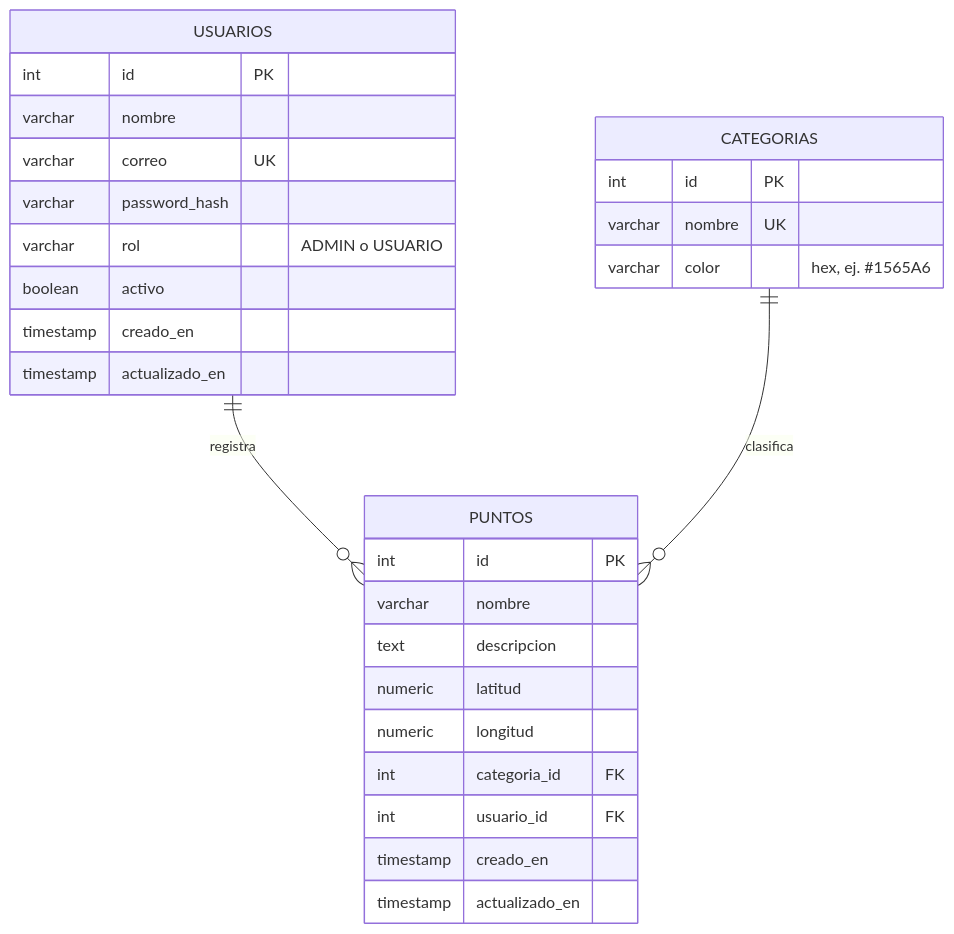
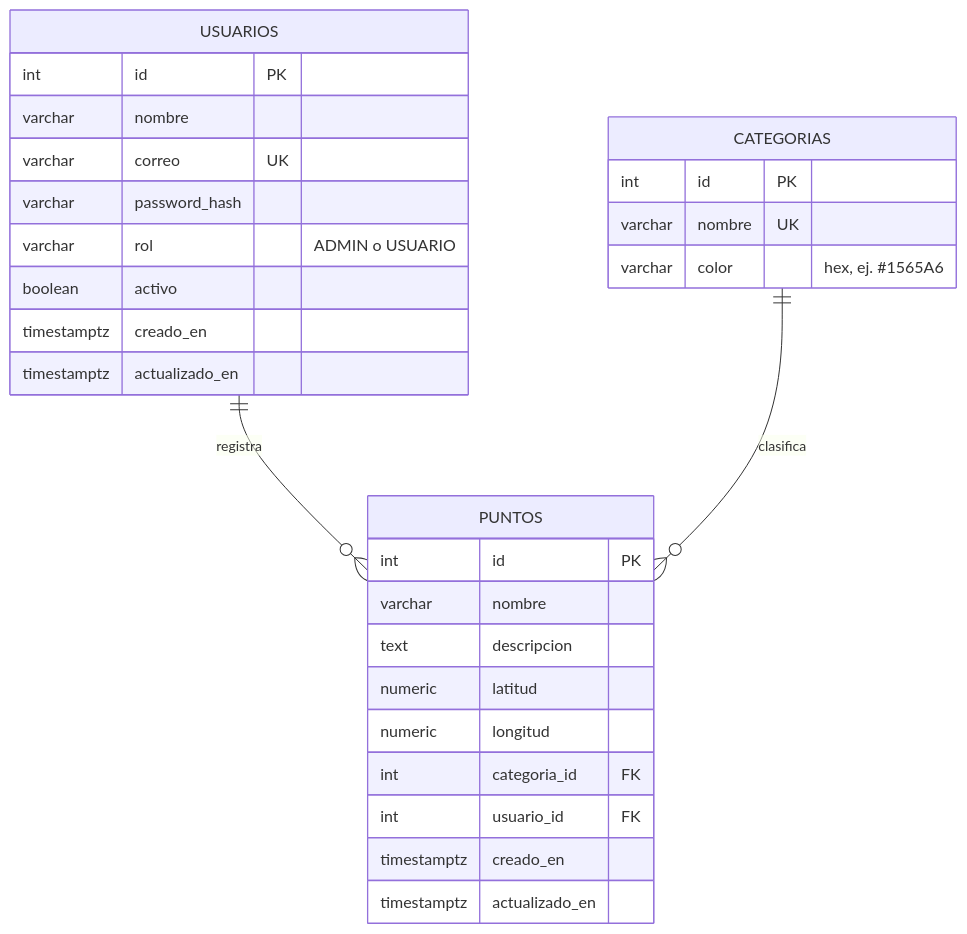
The first of 3 diagrams in docs/base-de-datos.md (CristianMares/geopuntos), drawn with Mermaid before and after one commit. The commit also changed other lines of this file and 3 other files, not shown here.

````diff
--- a/docs/base-de-datos.md
+++ b/docs/base-de-datos.md
@@ -9,32 +9,32 @@
 ```mermaid
 erDiagram
     USUARIOS ||--o{ PUNTOS : "registra"
     CATEGORIAS ||--o{ PUNTOS : "clasifica"
 
     USUARIOS {
         int id PK
         varchar nombre
         varchar correo UK
         varchar password_hash
         varchar rol "ADMIN o USUARIO"
         boolean activo
-        timestamp creado_en
-        timestamp actualizado_en
+        timestamptz creado_en
+        timestamptz actualizado_en
     }
     CATEGORIAS {
         int id PK
         varchar nombre UK
         varchar color "hex, ej. #1565A6"
     }
     PUNTOS {
         int id PK
         varchar nombre
         text descripcion
         numeric latitud
         numeric longitud
         int categoria_id FK
         int usuario_id FK
-        timestamp creado_en
-        timestamp actualizado_en
+        timestamptz creado_en
+        timestamptz actualizado_en
     }
 ```
````
